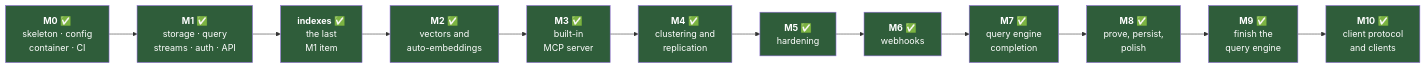
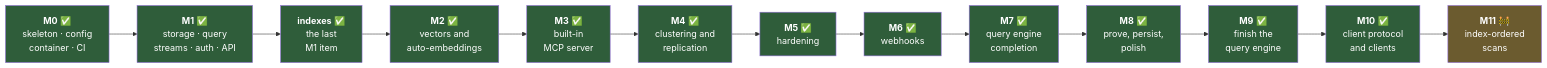
The first of 4 diagrams in docs/roadmap.md (titusai-io/kimmydb), drawn with Mermaid before and after one commit. The commit also changed other lines of this file and 15 other files, not shown here.

````diff
--- a/docs/roadmap.md
+++ b/docs/roadmap.md
@@ -12,30 +12,32 @@
 ```mermaid
 graph LR
     M0["<b>M0</b> ✅<br/>skeleton · config<br/>container · CI"]
     M1["<b>M1</b> ✅<br/>storage · query<br/>streams · auth · API"]
     IDX["<b>indexes</b> ✅<br/>the last<br/>M1 item"]
     M2["<b>M2</b> ✅<br/>vectors and<br/>auto-embeddings"]
     M3["<b>M3</b> ✅<br/>built-in<br/>MCP server"]
     M4["<b>M4</b> ✅<br/>clustering and<br/>replication"]
     M5["<b>M5</b> ✅<br/>hardening"]
     M6["<b>M6</b> ✅<br/>webhooks"]
     M7["<b>M7</b> ✅<br/>query engine<br/>completion"]
     M8["<b>M8</b> ✅<br/>prove, persist,<br/>polish"]
     M9["<b>M9</b> ✅<br/>finish the<br/>query engine"]
     M10["<b>M10</b> ✅<br/>client protocol<br/>and clients"]
+    M11["<b>M11</b> 🚧<br/>index-ordered<br/>scans"]
 
-    M0 --> M1 --> IDX --> M2 --> M3 --> M4 --> M5 --> M6 --> M7 --> M8 --> M9 --> M10
+    M0 --> M1 --> IDX --> M2 --> M3 --> M4 --> M5 --> M6 --> M7 --> M8 --> M9 --> M10 --> M11
 
     style M0 fill:#2f5d3a,color:#fff
     style M1 fill:#2f5d3a,color:#fff
     style IDX fill:#2f5d3a,color:#fff
     style M2 fill:#2f5d3a,color:#fff
     style M3 fill:#2f5d3a,color:#fff
     style M4 fill:#2f5d3a,color:#fff
     style M5 fill:#2f5d3a,color:#fff
     style M6 fill:#2f5d3a,color:#fff
     style M7 fill:#2f5d3a,color:#fff
     style M8 fill:#2f5d3a,color:#fff
     style M9 fill:#2f5d3a,color:#fff
     style M10 fill:#2f5d3a,color:#fff
+    style M11 fill:#6b5b2f,color:#fff
 ```
````
